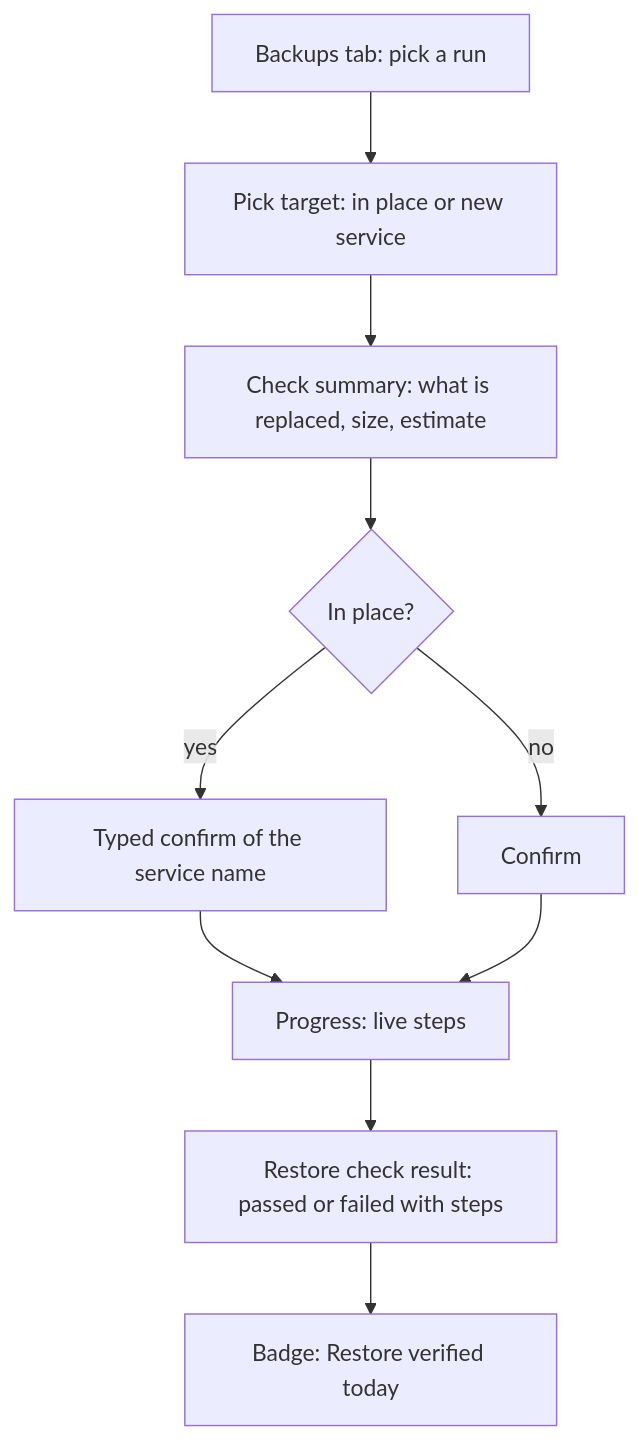
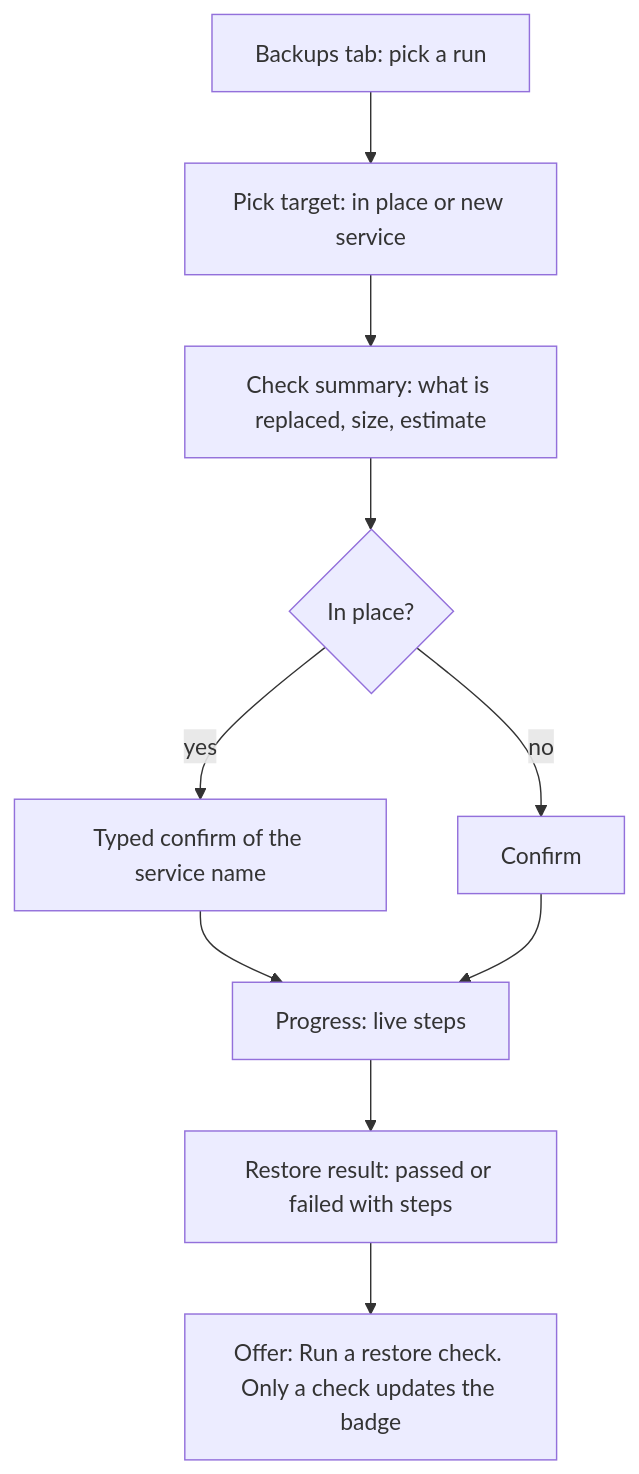
The sixth of 7 diagrams in docs/spec/ui/flows.md (OlexandrDevelop/polipan), drawn with Mermaid before and after one commit. The commit also changed 5 other files, not shown here.

````diff
--- a/docs/spec/ui/flows.md
+++ b/docs/spec/ui/flows.md
@@ -103,12 +103,12 @@
 ```mermaid
 flowchart TD
   A[Backups tab: pick a run] --> B[Pick target: in place or new service]
   B --> C[Check summary: what is replaced, size, estimate]
   C --> D{In place?}
   D -- yes --> E[Typed confirm of the service name]
   D -- no --> F[Confirm]
   E --> G[Progress: live steps]
   F --> G
-  G --> H[Restore check result: passed or failed with steps]
-  H --> I[Badge: Restore verified today]
+  G --> H[Restore result: passed or failed with steps]
+  H --> I[Offer: Run a restore check. Only a check updates the badge]
 ```
````
